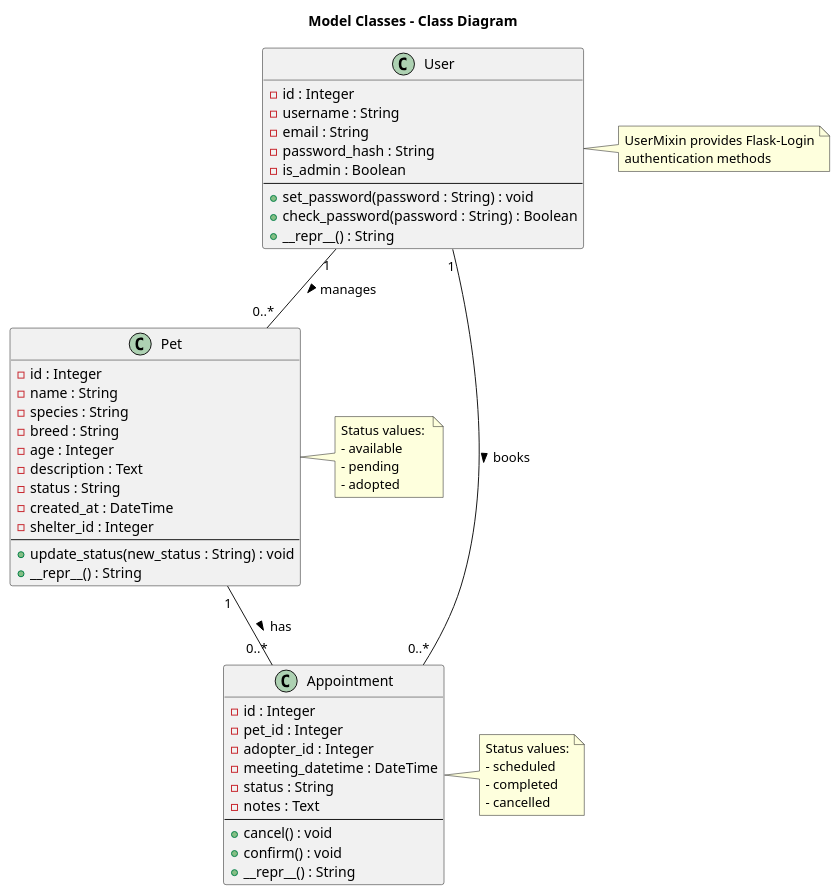
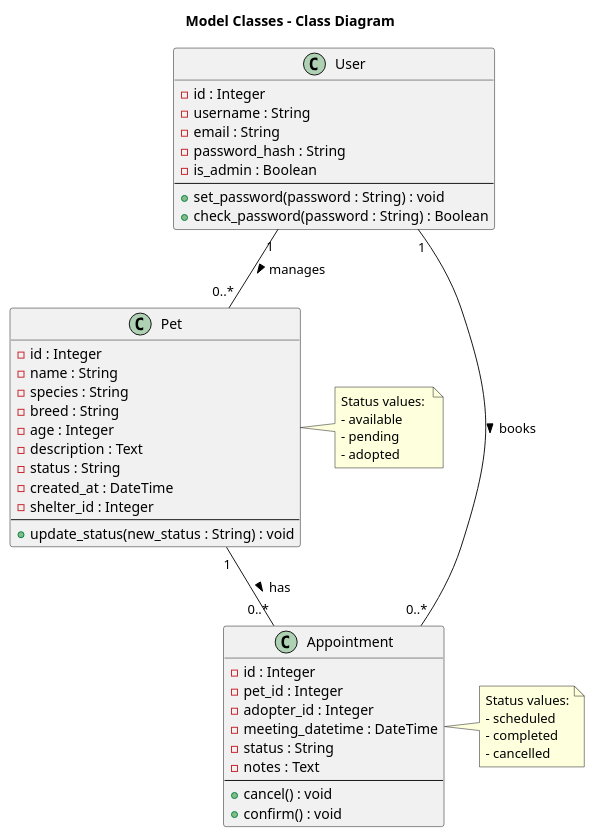
Before and after one commit to msu-denver/pawfect-match: the diagram in uml/class_diagram.puml, drawn with PlantUML. The commit also changed 4 other files, not shown here.

```diff
--- a/uml/class_diagram.puml
+++ b/uml/class_diagram.puml
@@ -1,67 +1,61 @@
 @startuml class_diagram
 title Model Classes - Class Diagram
 
 class User {
   - id : Integer
   - username : String
   - email : String
   - password_hash : String
   - is_admin : Boolean
   --
   + set_password(password : String) : void
   + check_password(password : String) : Boolean
-  + __repr__() : String
 }
 
 class Pet {
   - id : Integer
   - name : String
   - species : String
   - breed : String
   - age : Integer
   - description : Text
   - status : String
   - created_at : DateTime
   - shelter_id : Integer
   --
   + update_status(new_status : String) : void
-  + __repr__() : String
 }
 
 class Appointment {
   - id : Integer
   - pet_id : Integer
   - adopter_id : Integer
   - meeting_datetime : DateTime
   - status : String
   - notes : Text
   --
   + cancel() : void
   + confirm() : void
-  + __repr__() : String
 }
 
 User "1" -- "0..*" Pet : manages >
 User "1" -- "0..*" Appointment : books >
 Pet "1" -- "0..*" Appointment : has >
 
-note right of User
-  UserMixin provides Flask-Login
-  authentication methods
-end note
+
 
 note right of Pet
   Status values: 
   - available
   - pending
   - adopted
 end note
 
 note right of Appointment
   Status values:
   - scheduled
   - completed
   - cancelled
 end note
 
 @enduml
```
